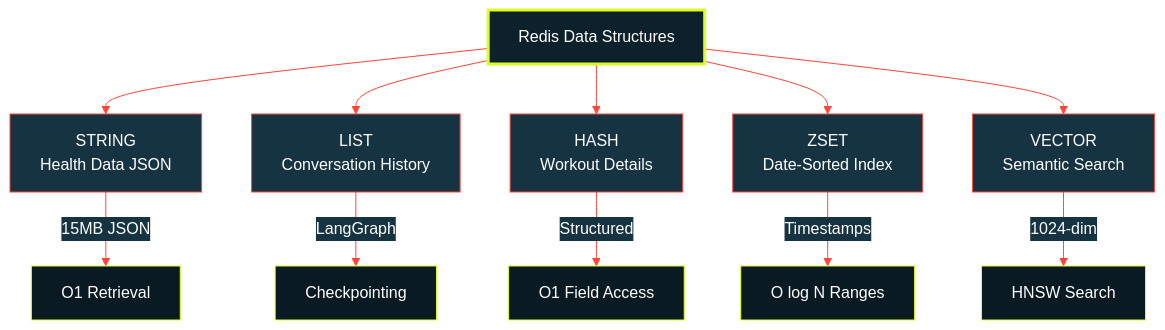
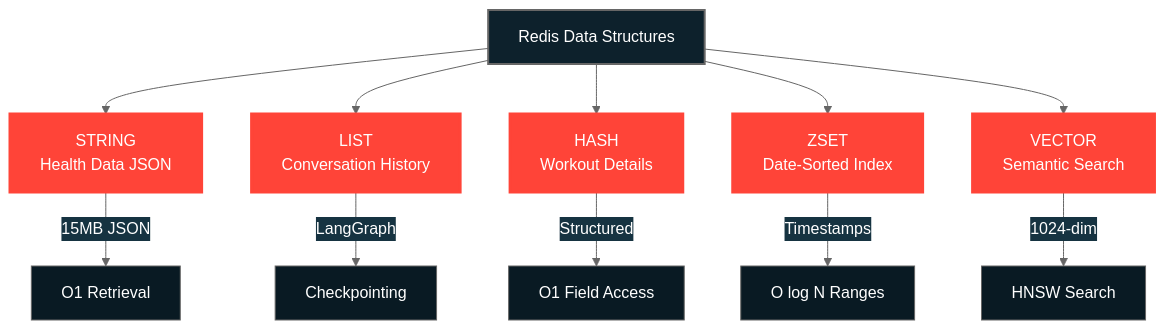
One commit to AllieRays/redis-wellness changed the second of 4 diagrams in docs/11_REDIS_PATTERNS.md. Above: the diagram before and after it, drawn with Mermaid. The commit also changed other lines of this file and 12 other files, not shown here.

````diff
--- a/docs/11_REDIS_PATTERNS.md
+++ b/docs/11_REDIS_PATTERNS.md
@@ -75,27 +75,27 @@
 ```mermaid
-%%{init: {'theme':'base', 'themeVariables': { 'primaryColor':'#0d212c', 'primaryTextColor':'#fff', 'primaryBorderColor':'#ff4438', 'lineColor':'#ff4438', 'secondaryColor':'#163341', 'tertiaryColor':'#091a23'}}}%%
+%%{init: {'theme':'base', 'themeVariables': { 'primaryColor':'#0d212c', 'primaryTextColor':'#fff', 'primaryBorderColor':'#ff4438', 'lineColor':'#666', 'secondaryColor':'#163341', 'tertiaryColor':'#091a23'}}}%%
 graph TD
     A[Redis Data Structures] --> B[STRING<br/>Health Data JSON]
     A --> C[LIST<br/>Conversation History]
     A --> D[HASH<br/>Workout Details]
     A --> E[ZSET<br/>Date-Sorted Index]
     A --> F[VECTOR<br/>Semantic Search]
 
     B -->|15MB JSON| B1[O1 Retrieval]
     C -->|LangGraph| C1[Checkpointing]
     D -->|Structured| D1[O1 Field Access]
     E -->|Timestamps| E1[O log N Ranges]
     F -->|1024-dim| F1[HNSW Search]
 
-    style A fill:#0d212c,stroke:#dcff1e,color:#fff,stroke-width:3px
-    style B fill:#163341,stroke:#ff4438,color:#fff
-    style C fill:#163341,stroke:#ff4438,color:#fff
-    style D fill:#163341,stroke:#ff4438,color:#fff
-    style E fill:#163341,stroke:#ff4438,color:#fff
-    style F fill:#163341,stroke:#ff4438,color:#fff
-    style B1 fill:#091a23,stroke:#dcff1e,color:#fff
-    style C1 fill:#091a23,stroke:#dcff1e,color:#fff
-    style D1 fill:#091a23,stroke:#dcff1e,color:#fff
-    style E1 fill:#091a23,stroke:#dcff1e,color:#fff
-    style F1 fill:#091a23,stroke:#dcff1e,color:#fff
+    style A fill:#0d212c,stroke:#666,color:#fff,stroke-width:2px
+    style B fill:#ff4438,stroke:#ff4438,color:#fff,stroke-width:3px
+    style C fill:#ff4438,stroke:#ff4438,color:#fff,stroke-width:3px
+    style D fill:#ff4438,stroke:#ff4438,color:#fff,stroke-width:3px
+    style E fill:#ff4438,stroke:#ff4438,color:#fff,stroke-width:3px
+    style F fill:#ff4438,stroke:#ff4438,color:#fff,stroke-width:3px
+    style B1 fill:#091a23,stroke:#666,color:#fff
+    style C1 fill:#091a23,stroke:#666,color:#fff
+    style D1 fill:#091a23,stroke:#666,color:#fff
+    style E1 fill:#091a23,stroke:#666,color:#fff
+    style F1 fill:#091a23,stroke:#666,color:#fff
 ```
````
